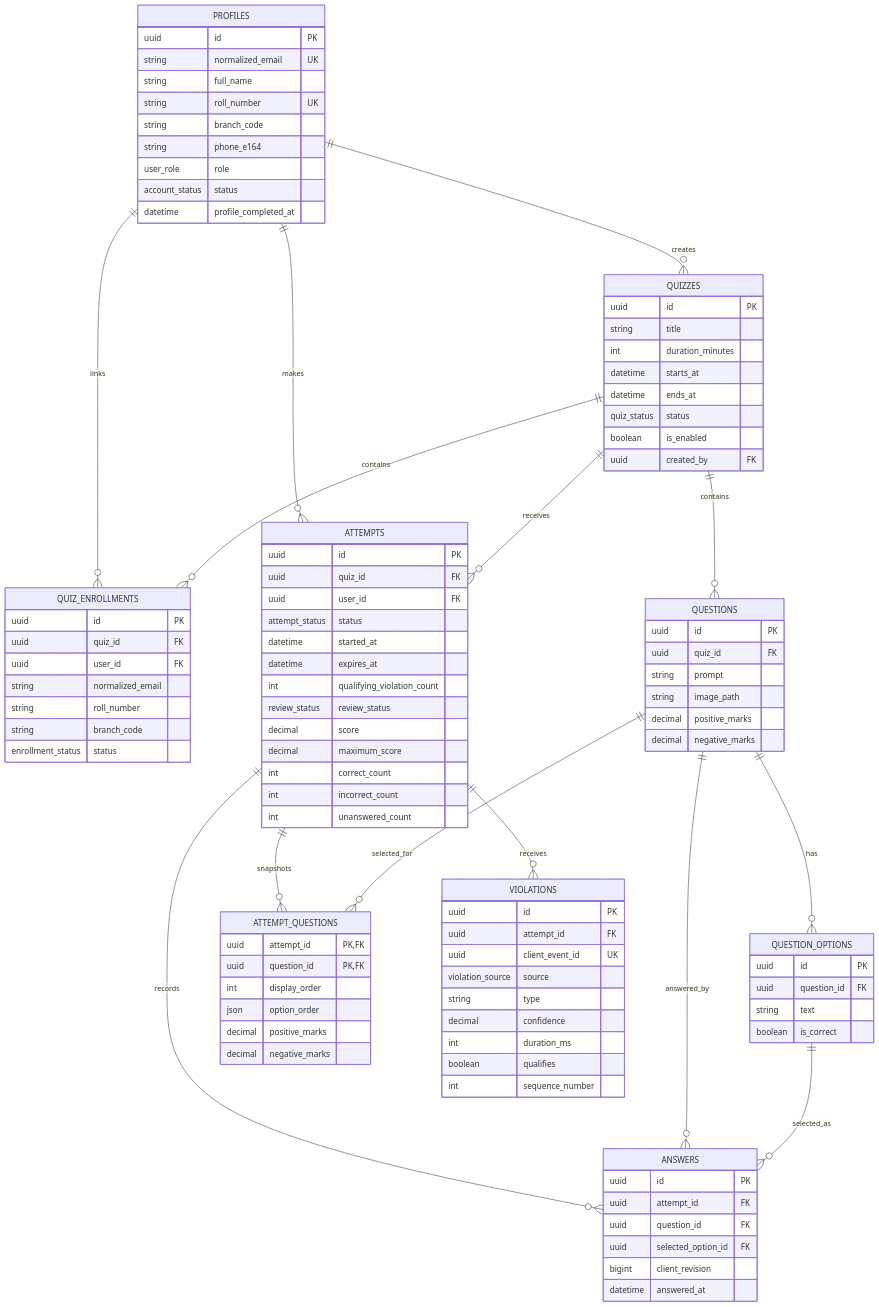
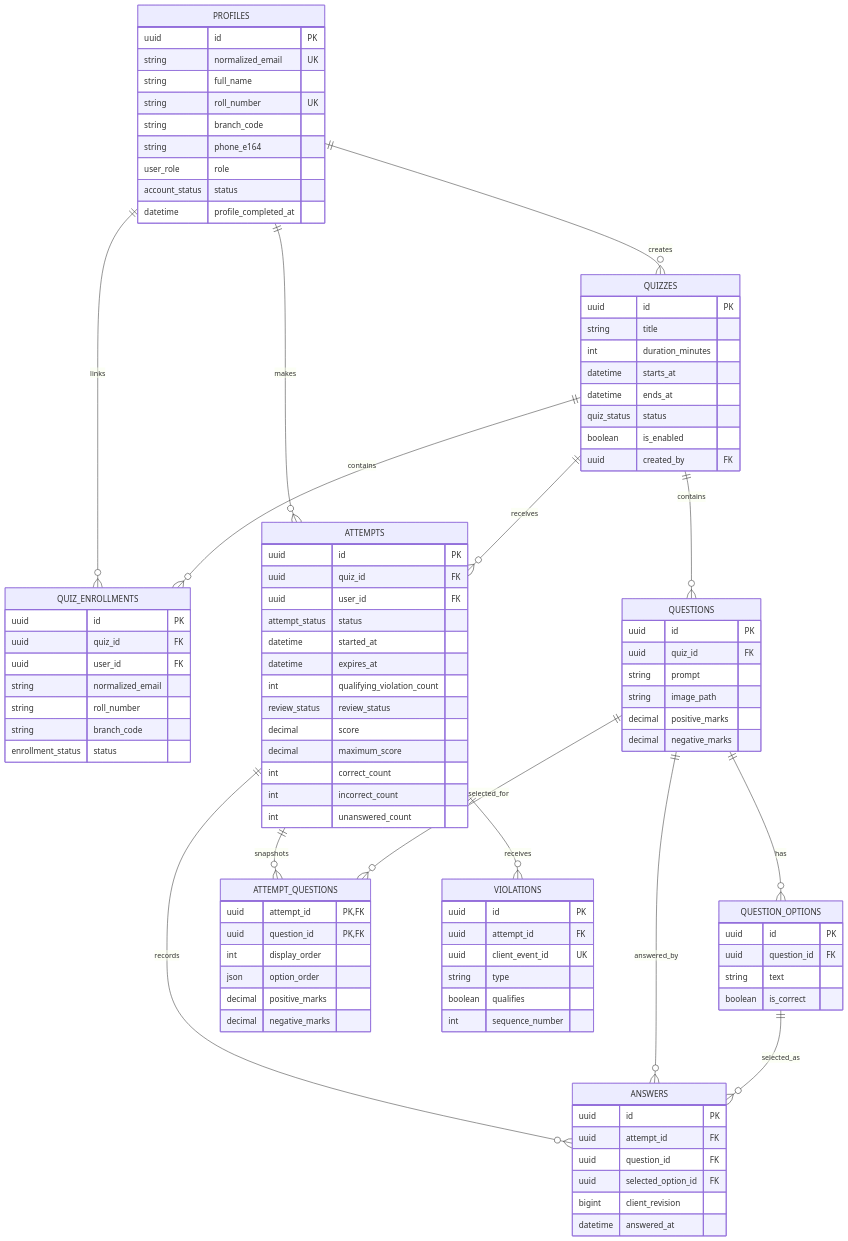
One commit to ayushs206/owasp-quiz-be changed the diagram in docs/database-design.md. Above: the diagram before and after it, drawn with Mermaid. The commit also changed other lines of this file and 3 other files, not shown here.

```diff
--- a/docs/database-design.md
+++ b/docs/database-design.md
@@ -114,10 +114,7 @@
         uuid id PK
         uuid attempt_id FK
         uuid client_event_id UK
-        violation_source source
         string type
-        decimal confidence
-        int duration_ms
         boolean qualifies
         int sequence_number
     }
```
